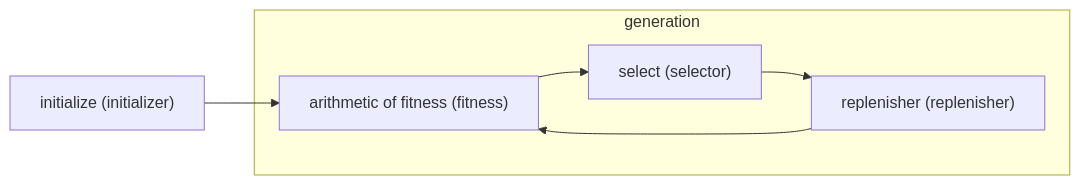
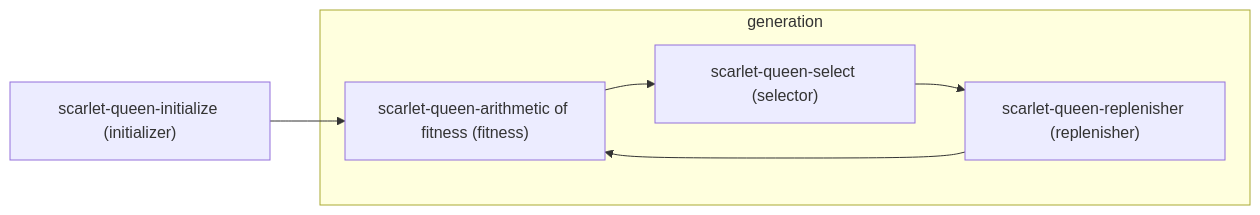
Before and after one commit to pokemon-GA/scarlet-queen: the second of 3 diagrams in README.md, drawn with Mermaid. The commit also changed other lines of this file, not shown here.

````diff
--- a/README.md
+++ b/README.md
@@ -30,9 +30,9 @@
 ```mermaid
 flowchart LR
-    initializer["initialize (initializer)"] --> fitness["arithmetic of fitness (fitness)"]
+    initializer["scarlet-queen-initialize (initializer)"] --> fitness["scarlet-queen-arithmetic of fitness (fitness)"]
     subgraph generation
-        fitness["arithmetic of fitness (fitness)"] --> selector["select (selector)"]
-        selector["select (selector)"] --> replenisher["replenisher (replenisher)"]
-        replenisher["replenisher (replenisher)"] --> fitness["arithmetic of fitness (fitness)"]
+        fitness["scarlet-queen-arithmetic of fitness (fitness)"] --> selector["scarlet-queen-select (selector)"]
+        selector["scarlet-queen-select (selector)"] --> replenisher["scarlet-queen-replenisher (replenisher)"]
+        replenisher["scarlet-queen-replenisher (replenisher)"] --> fitness["scarlet-queen-arithmetic of fitness (fitness)"]
     end
 ```
````
